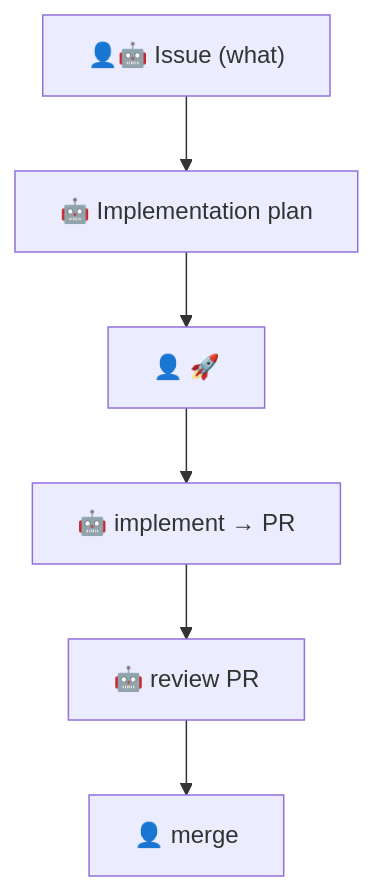
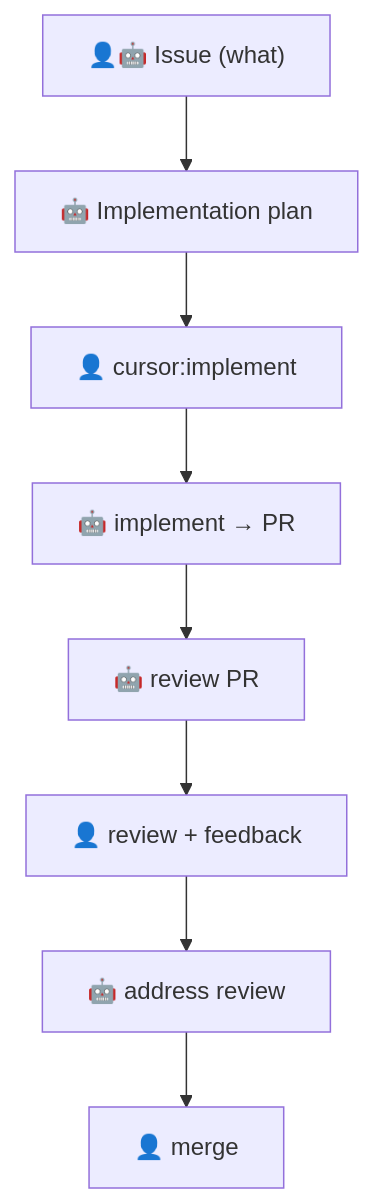
One commit to syakoo/syakoo-lab changed the diagram in .cursor/rules/ai-workflow.mdc. Above: the diagram before and after it, drawn with Mermaid. The commit also changed other lines of this file and 3 other files, not shown here.

First line of the commit message:
docs(cursor): align automation triggers and address-pr-review workflow

````diff
--- a/.cursor/rules/ai-workflow.mdc
+++ b/.cursor/rules/ai-workflow.mdc
@@ -19,8 +21,10 @@
 ```mermaid
 flowchart TD
   A["👤🤖 Issue (what)"] --> B["🤖 Implementation plan"]
-  B --> C["👤 🚀"]
+  B --> C["👤 cursor:implement"]
   C --> D["🤖 implement → PR"]
   D --> E["🤖 review PR"]
-  E --> F["👤 merge"]
+  E --> F["👤 review + feedback"]
+  F --> G["🤖 address review"]
+  G --> H["👤 merge"]
 ```
````
